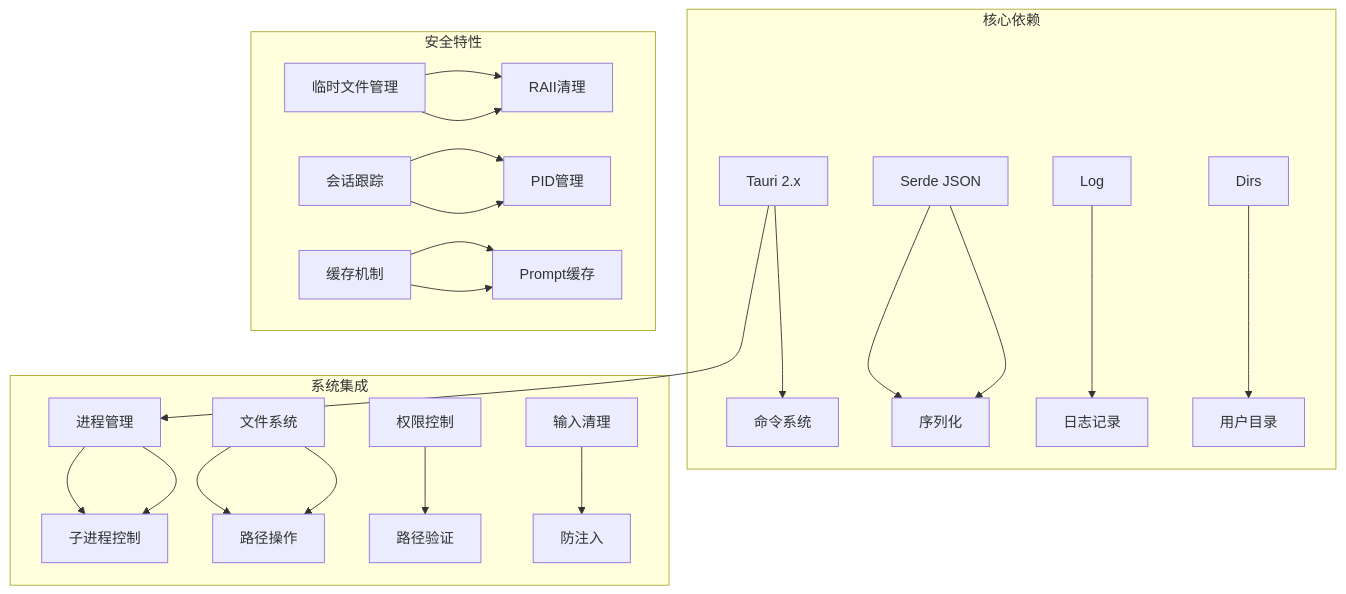
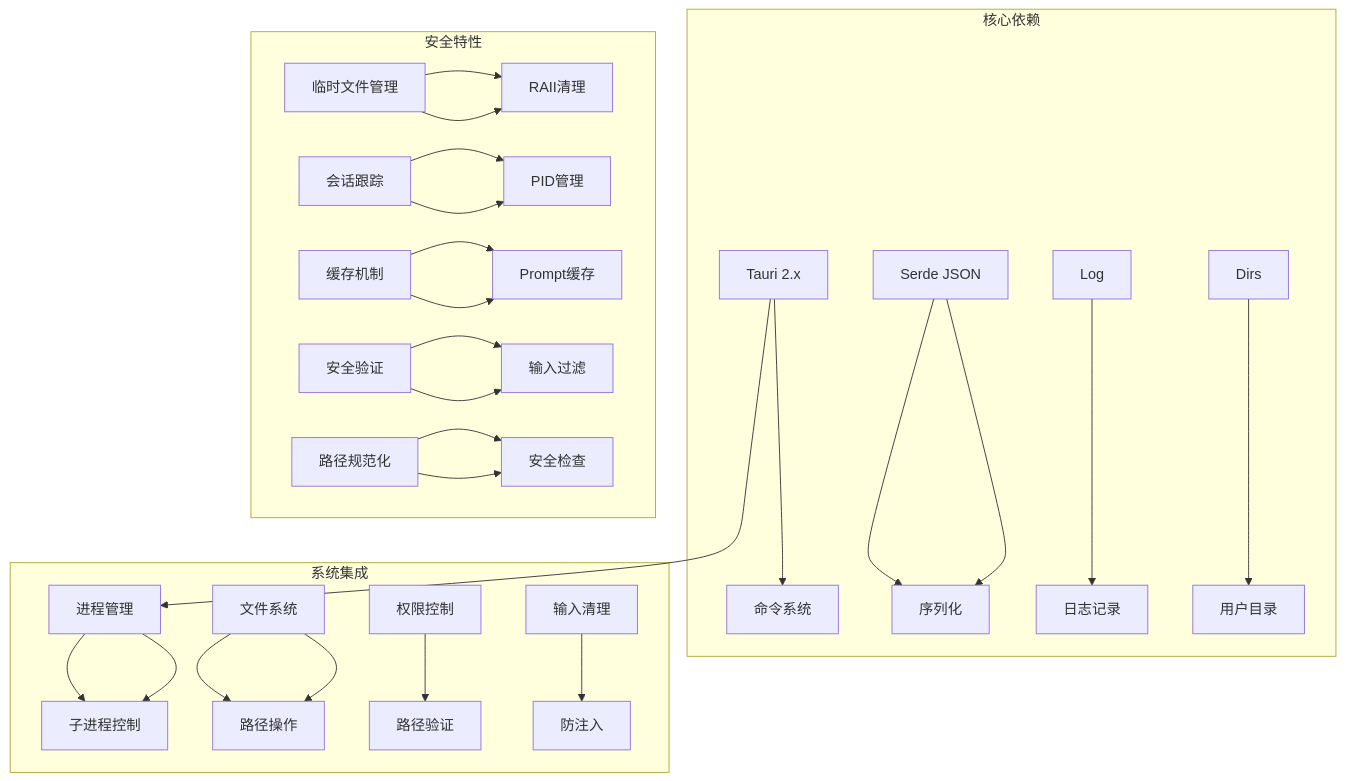
Diagram 16 of 17 in .qoder/repowiki/zh/content/部署与运维/桌面应用程序基础设施.md (1173591564/academic-based-qoder), drawn with Mermaid before and after one commit. The commit also changed other lines of this file and 110 other files, not shown here.

````diff
--- a/.qoder/repowiki/zh/content/部署与运维/桌面应用程序基础设施.md
+++ b/.qoder/repowiki/zh/content/部署与运维/桌面应用程序基础设施.md
@@ -593,27 +746,31 @@
 ```mermaid
 graph TB
 subgraph "核心依赖"
 A[Tauri 2.x] --> B[命令系统]
 C[Serde JSON] --> D[序列化]
 E[Log] --> F[日志记录]
 G[Dirs] --> H[用户目录]
 end
 subgraph "系统集成"
 I[进程管理] --> J[子进程控制]
 K[文件系统] --> L[路径操作]
 M[权限控制] --> N[路径验证]
 O[输入清理] --> P[防注入]
 end
 subgraph "安全特性"
 Q[临时文件管理] --> R[RAII清理]
 S[会话跟踪] --> T[PID管理]
 U[缓存机制] --> V[Prompt缓存]
+W[安全验证] --> X[输入过滤]
+Y[路径规范化] --> Z[安全检查]
 end
 A --> I
 C --> D
 I --> J
 K --> L
 Q --> R
 S --> T
 U --> V
+W --> X
+Y --> Z
 ```
````
